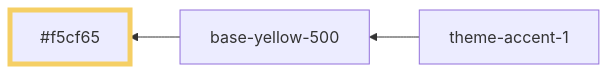
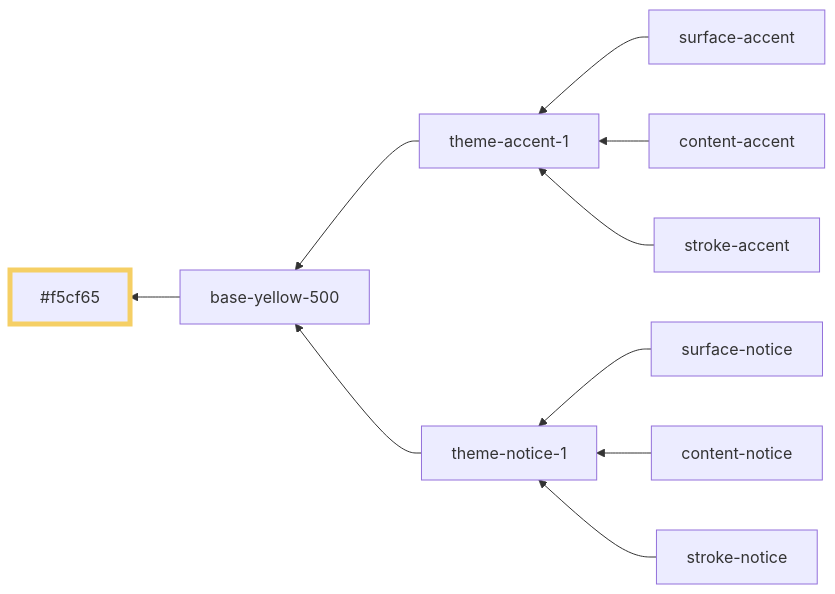
One commit to oxidecomputer/console changed the sixth of 29 diagrams in libs/ui/styles/themes/operator-mode.md. Above: the diagram before and after it, drawn with Mermaid. The commit also changed other lines of this file and 4 other files, not shown here.

````diff
--- a/libs/ui/styles/themes/operator-mode.md
+++ b/libs/ui/styles/themes/operator-mode.md
@@ -53,7 +65,14 @@
 ```mermaid
 graph RL
   base-yellow-500 --> #f5cf65:::base-yellow-500
   theme-accent-1 --> base-yellow-500
+  theme-notice-1 --> base-yellow-500
+  surface-accent --> theme-accent-1
+  surface-notice --> theme-notice-1
+  content-accent --> theme-accent-1
+  content-notice --> theme-notice-1
+  stroke-accent --> theme-accent-1
+  stroke-notice --> theme-notice-1
 
   classDef base-yellow-500 stroke-width:5,stroke:#f5cf65
 ```
````
